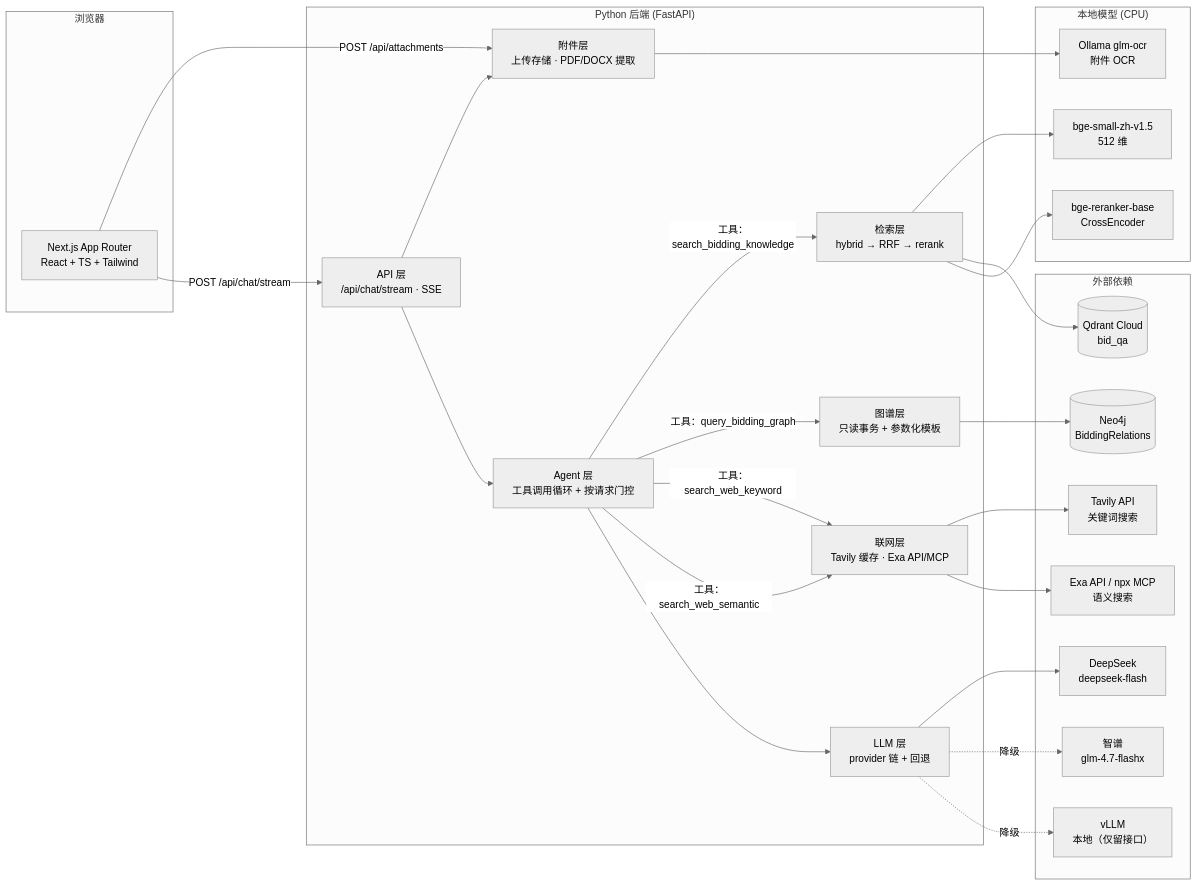
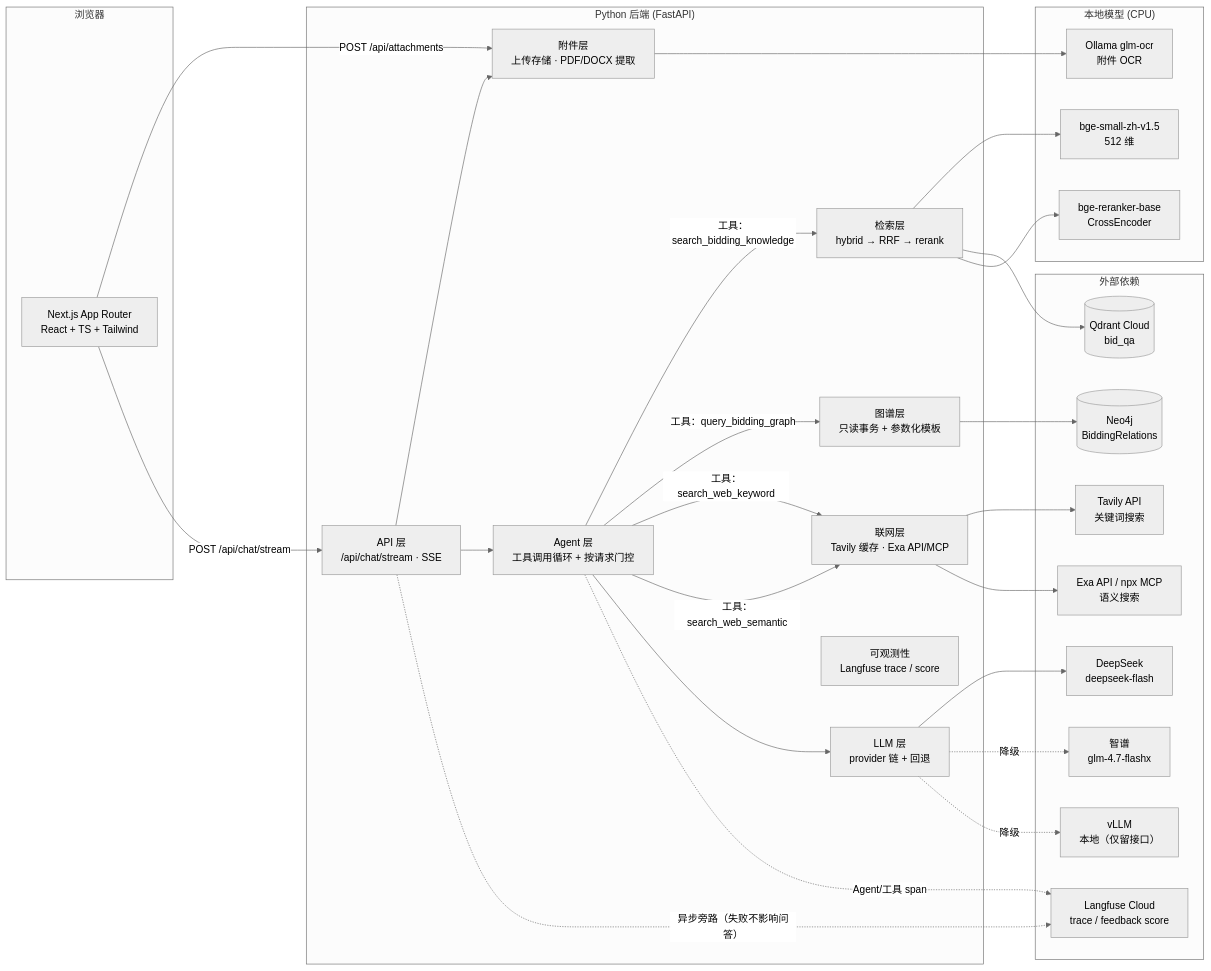
The first of 2 diagrams in docs/architecture.md (HoarHam/Bidding_QA_Chatbot), drawn with Mermaid (neutral theme) before and after one commit. The commit also changed 27 other files, not shown here.

````diff
--- a/docs/architecture.md
+++ b/docs/architecture.md
@@ -10,52 +10,56 @@
 ```mermaid
 flowchart LR
     subgraph client["浏览器"]
         UI["Next.js App Router<br/>React + TS + Tailwind"]
     end
 
     subgraph server["Python 后端 (FastAPI)"]
         API["API 层<br/>/api/chat/stream · SSE"]
         AG["Agent 层<br/>工具调用循环 + 按请求门控"]
         RET["检索层<br/>hybrid → RRF → rerank"]
         GR["图谱层<br/>只读事务 + 参数化模板"]
         WEB["联网层<br/>Tavily 缓存 · Exa API/MCP"]
         ATT["附件层<br/>上传存储 · PDF/DOCX 提取"]
         LLM["LLM 层<br/>provider 链 + 回退"]
+        OBS["可观测性<br/>Langfuse trace / score"]
     end
 
     subgraph ext["外部依赖"]
         QD[("Qdrant Cloud<br/>bid_qa")]
         NEO[("Neo4j<br/>BiddingRelations")]
         TV["Tavily API<br/>关键词搜索"]
         EX["Exa API / npx MCP<br/>语义搜索"]
         DS["DeepSeek<br/>deepseek-flash"]
         ZP["智谱<br/>glm-4.7-flashx"]
         VL["vLLM<br/>本地（仅留接口）"]
+        LF["Langfuse Cloud<br/>trace / feedback score"]
     end
 
     subgraph local["本地模型 (CPU)"]
         EMB["bge-small-zh-v1.5<br/>512 维"]
         RRK["bge-reranker-base<br/>CrossEncoder"]
         OCR["Ollama glm-ocr<br/>附件 OCR"]
     end
 
     UI -->|"POST /api/attachments"| ATT
     UI -->|"POST /api/chat/stream"| API
     API --> ATT
     ATT --> OCR
     API --> AG
     AG -->|"工具：search_bidding_knowledge"| RET
     RET --> EMB
     RET --> QD
     RET --> RRK
     AG -->|"工具：query_bidding_graph"| GR
     GR --> NEO
     AG -->|"工具：search_web_keyword"| WEB
     AG -->|"工具：search_web_semantic"| WEB
     WEB --> TV
     WEB --> EX
     AG --> LLM
     LLM --> DS
     LLM -.降级.-> ZP
     LLM -.降级.-> VL
+    API -.异步旁路（失败不影响问答）.-> LF
+    AG -.Agent/工具 span.-> LF
 ```
````
